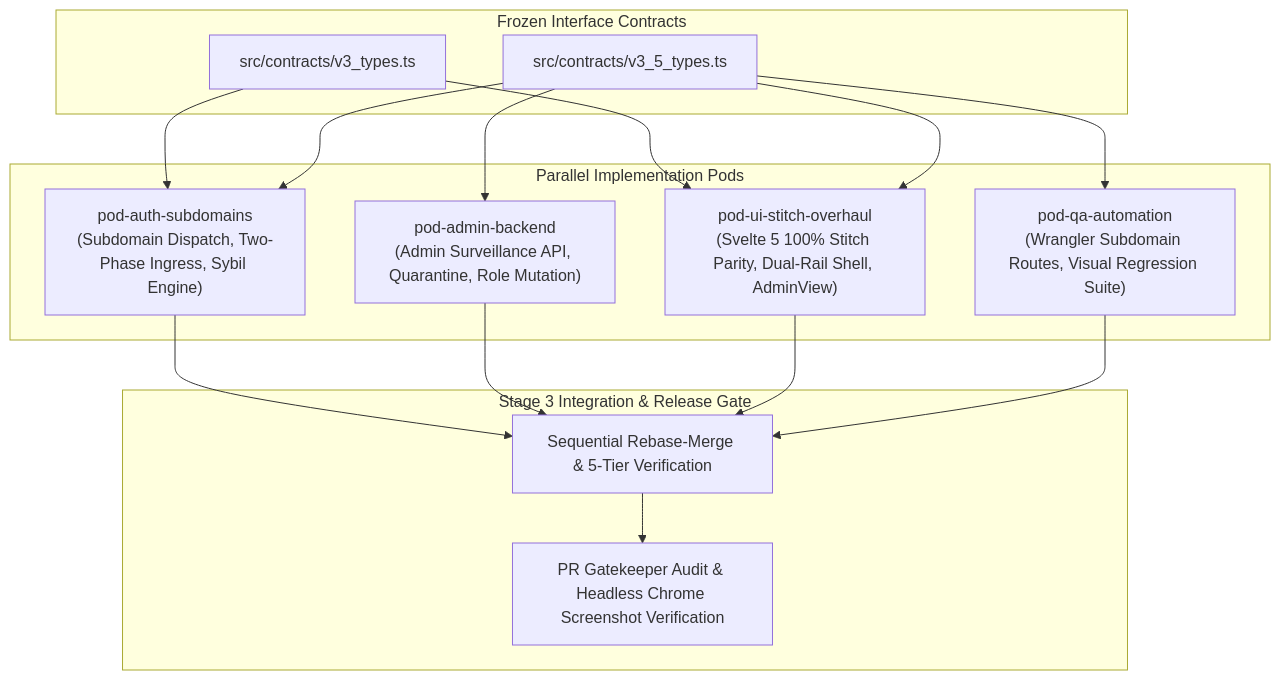
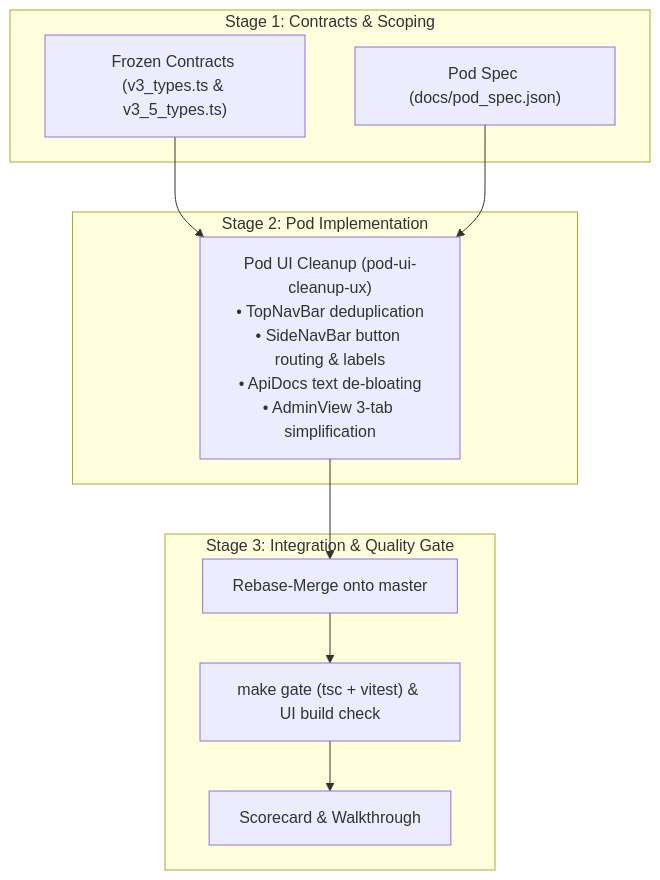
One commit to Axe-08/Key-Collective changed the diagram in docs/execution_dag.mmd. Above: the diagram before and after it, drawn with Mermaid. The commit also changed 2 other files, not shown here.

Commit message:
chore(hive): stage 1 execution dag, pod spec and trace initialization

```diff
--- a/docs/execution_dag.mmd
+++ b/docs/execution_dag.mmd
@@ -1,30 +1,21 @@
 graph TD
-    subgraph Contracts ["Frozen Interface Contracts"]
-        C1["src/contracts/v3_types.ts"]
-        C2["src/contracts/v3_5_types.ts"]
+    subgraph Stage1["Stage 1: Contracts & Scoping"]
+        Contracts["Frozen Contracts (v3_types.ts & v3_5_types.ts)"]
+        Spec["Pod Spec (docs/pod_spec.json)"]
     end
 
-    subgraph Pods ["Parallel Implementation Pods"]
-        P1["pod-auth-subdomains<br/>(Subdomain Dispatch, Two-Phase Ingress, Sybil Engine)"]
-        P2["pod-admin-backend<br/>(Admin Surveillance API, Quarantine, Role Mutation)"]
-        P3["pod-ui-stitch-overhaul<br/>(Svelte 5 100% Stitch Parity, Dual-Rail Shell, AdminView)"]
-        P4["pod-qa-automation<br/>(Wrangler Subdomain Routes, Visual Regression Suite)"]
+    subgraph Stage2["Stage 2: Pod Implementation"]
+        PodUI["Pod UI Cleanup (pod-ui-cleanup-ux)<br/>• TopNavBar deduplication<br/>• SideNavBar button routing & labels<br/>• ApiDocs text de-bloating<br/>• AdminView 3-tab simplification"]
     end
 
-    subgraph Integration ["Stage 3 Integration & Release Gate"]
-        INT["Sequential Rebase-Merge & 5-Tier Verification"]
-        GATE["PR Gatekeeper Audit & Headless Chrome Screenshot Verification"]
+    subgraph Stage3["Stage 3: Integration & Quality Gate"]
+        RebaseMerge["Rebase-Merge onto master"]
+        Gate["make gate (tsc + vitest) & UI build check"]
+        Scorecard["Scorecard & Walkthrough"]
     end
 
-    C1 --> P1
-    C2 --> P1
-    C2 --> P2
-    C1 --> P3
-    C2 --> P3
-    C2 --> P4
-
-    P1 --> INT
-    P2 --> INT
-    P3 --> INT
-    P4 --> INT
-    INT --> GATE
+    Contracts --> PodUI
+    Spec --> PodUI
+    PodUI --> RebaseMerge
+    RebaseMerge --> Gate
+    Gate --> Scorecard
```
